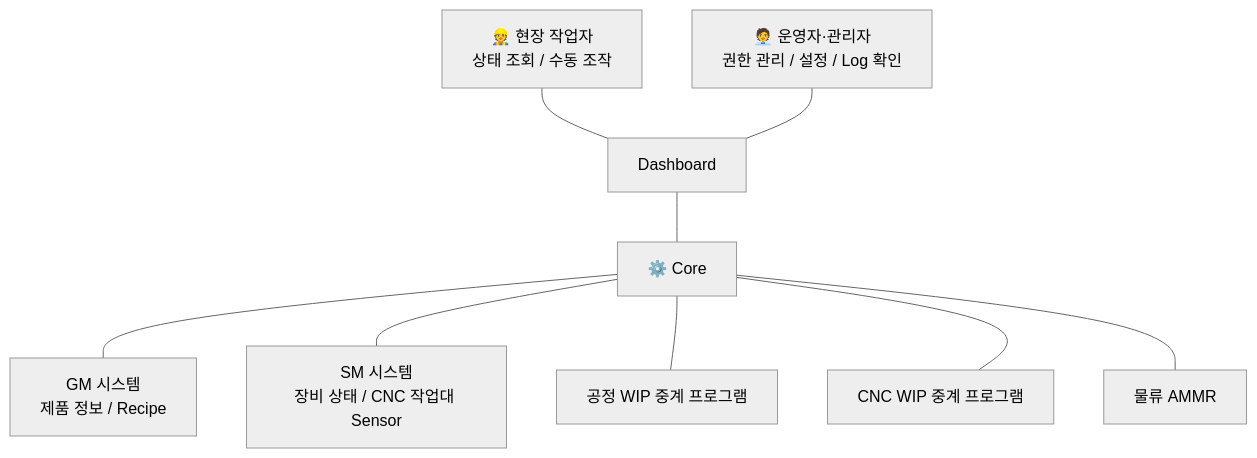
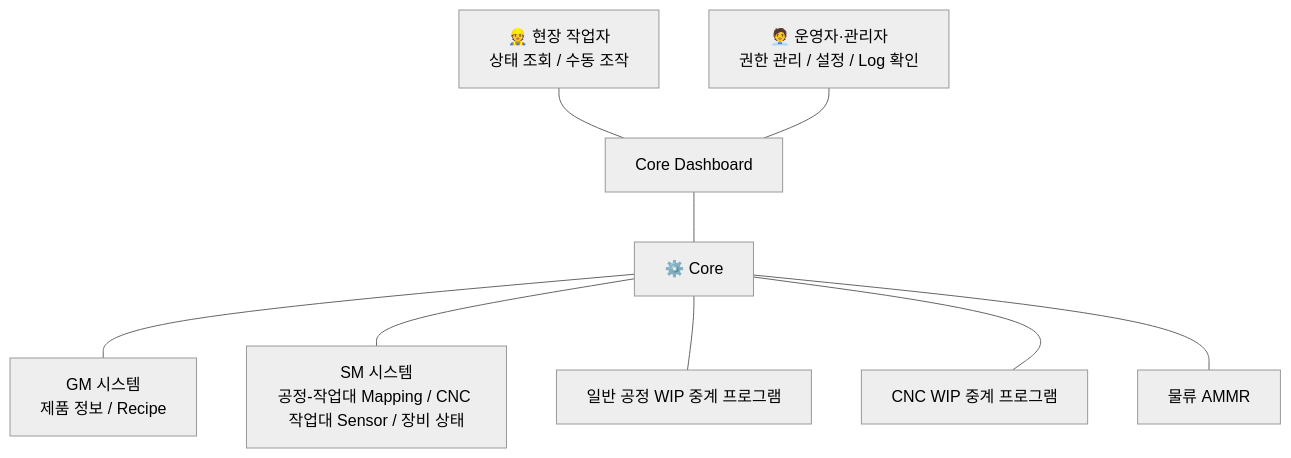
Before and after one commit to kimminsu0315/Core-Docs: the first of 3 diagrams in docs/Core_SAD.md, drawn with Mermaid (neutral theme). The commit also changed other lines of this file and 17 other files, not shown here.

````diff
--- a/docs/Core_SAD.md
+++ b/docs/Core_SAD.md
@@ -174,29 +167,29 @@
 ```mermaid
 flowchart TB
     Operator["👷 현장 작업자<br/>상태 조회 / 수동 조작"]
     Admin["🧑‍💼 운영자·관리자<br/>권한 관리 / 설정 / Log 확인"]
 
     Core["⚙️ Core"]
 
     GM["GM 시스템<br/>제품 정보 / Recipe"]
-    SM["SM 시스템<br/>장비 상태 / CNC 작업대 Sensor"]
-    WIPGen["공정 WIP 중계 프로그램"]
+    SM["SM 시스템<br/>공정-작업대 Mapping / CNC 작업대 Sensor / 장비 상태"]
+    WIPGen["일반 공정 WIP 중계 프로그램"]
     WIPRestack["CNC WIP 중계 프로그램"]
     AMMR["물류 AMMR"]
-    Dashboard["Dashboard"]
+    CoreDashboard["Core Dashboard"]
 
-    Operator --- Dashboard
-    Admin --- Dashboard
-    Dashboard --- Core
+    Operator --- CoreDashboard
+    Admin --- CoreDashboard
+    CoreDashboard --- Core
 
     Core --- GM
     Core --- SM
     Core --- WIPGen
     WIPGen --- Core
     Core --- WIPRestack
     WIPRestack --- Core
     Core --- AMMR
 
     %% 레이아웃 고정용 (보이지 않는 링크) — 이 줄 없으면 WIP 박스 위치 깨짐
     linkStyle 5,7 stroke:transparent   
 ```
````
